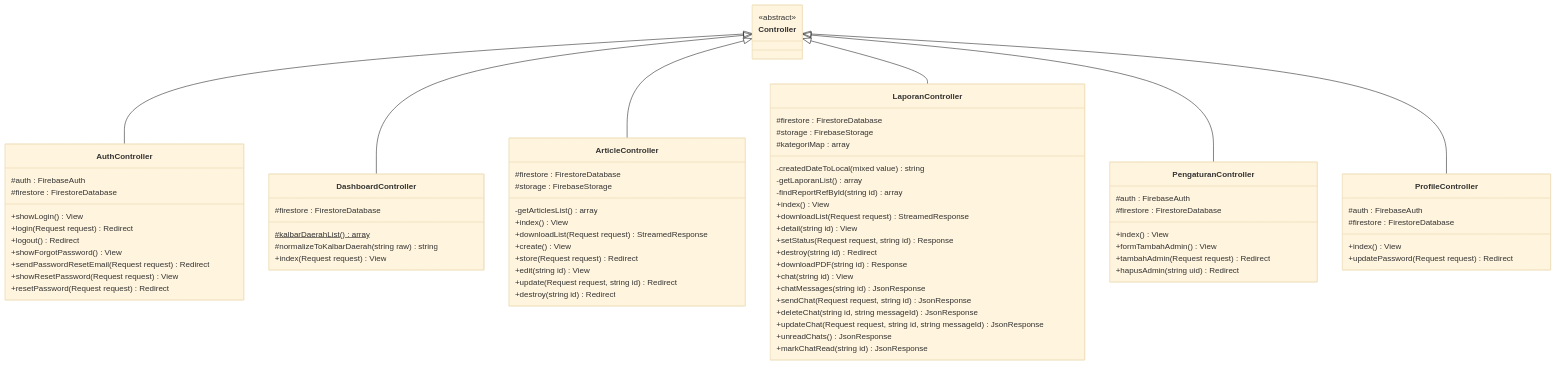
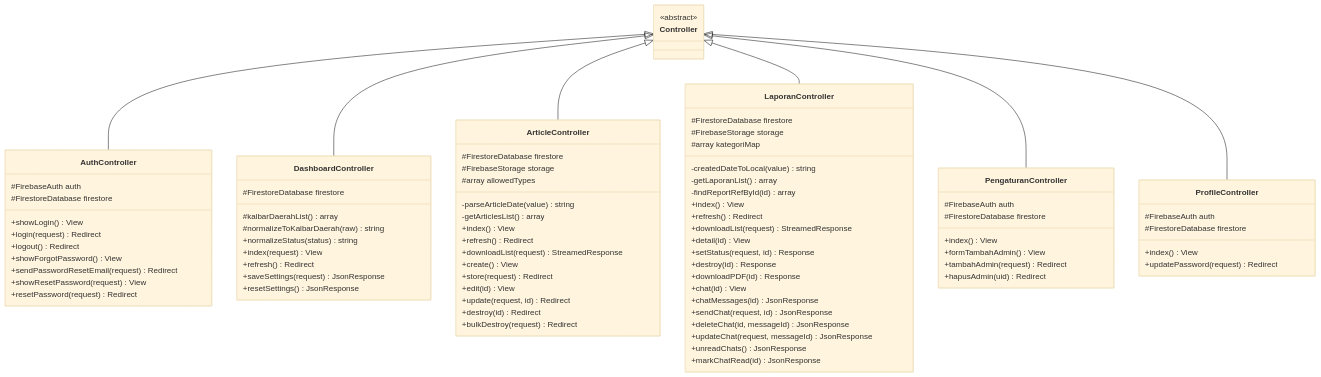
One commit to nazwan74/WebsiteAdmin changed the first of 4 diagrams in class_diagram.md. Above: the diagram before and after it, drawn with Mermaid (base theme). The commit also changed other lines of this file and 16 other files, not shown here.

```diff
--- a/class_diagram.md
+++ b/class_diagram.md
@@ -15,73 +15,82 @@
     }
 
     class AuthController {
-        #auth : FirebaseAuth
-        #firestore : FirestoreDatabase
+        #FirebaseAuth auth
+        #FirestoreDatabase firestore
         +showLogin() View
-        +login(Request request) Redirect
+        +login(request) Redirect
         +logout() Redirect
         +showForgotPassword() View
-        +sendPasswordResetEmail(Request request) Redirect
-        +showResetPassword(Request request) View
-        +resetPassword(Request request) Redirect
+        +sendPasswordResetEmail(request) Redirect
+        +showResetPassword(request) View
+        +resetPassword(request) Redirect
     }
 
     class DashboardController {
-        #firestore : FirestoreDatabase
-        #kalbarDaerahList()$ array
-        #normalizeToKalbarDaerah(string raw) string
-        +index(Request request) View
+        #FirestoreDatabase firestore
+        #kalbarDaerahList() array
+        #normalizeToKalbarDaerah(raw) string
+        +normalizeStatus(status) string
+        +index(request) View
+        +refresh() Redirect
+        +saveSettings(request) JsonResponse
+        +resetSettings() JsonResponse
     }
 
     class ArticleController {
-        #firestore : FirestoreDatabase
-        #storage : FirebaseStorage
+        #FirestoreDatabase firestore
+        #FirebaseStorage storage
+        #array allowedTypes
+        -parseArticleDate(value) string
         -getArticlesList() array
         +index() View
-        +downloadList(Request request) StreamedResponse
+        +refresh() Redirect
+        +downloadList(request) StreamedResponse
         +create() View
-        +store(Request request) Redirect
-        +edit(string id) View
-        +update(Request request, string id) Redirect
-        +destroy(string id) Redirect
+        +store(request) Redirect
+        +edit(id) View
+        +update(request, id) Redirect
+        +destroy(id) Redirect
+        +bulkDestroy(request) Redirect
     }
 
     class LaporanController {
-        #firestore : FirestoreDatabase
-        #storage : FirebaseStorage
-        #kategoriMap : array
-        -createdDateToLocal(mixed value) string
+        #FirestoreDatabase firestore
+        #FirebaseStorage storage
+        #array kategoriMap
+        -createdDateToLocal(value) string
         -getLaporanList() array
-        -findReportRefById(string id) array
+        -findReportRefById(id) array
         +index() View
-        +downloadList(Request request) StreamedResponse
-        +detail(string id) View
-        +setStatus(Request request, string id) Response
-        +destroy(string id) Redirect
-        +downloadPDF(string id) Response
-        +chat(string id) View
-        +chatMessages(string id) JsonResponse
-        +sendChat(Request request, string id) JsonResponse
-        +deleteChat(string id, string messageId) JsonResponse
-        +updateChat(Request request, string id, string messageId) JsonResponse
+        +refresh() Redirect
+        +downloadList(request) StreamedResponse
+        +detail(id) View
+        +setStatus(request, id) Response
+        +destroy(id) Response
+        +downloadPDF(id) Response
+        +chat(id) View
+        +chatMessages(id) JsonResponse
+        +sendChat(request, id) JsonResponse
+        +deleteChat(id, messageId) JsonResponse
+        +updateChat(request, messageId) JsonResponse
         +unreadChats() JsonResponse
-        +markChatRead(string id) JsonResponse
+        +markChatRead(id) JsonResponse
     }
 
     class PengaturanController {
-        #auth : FirebaseAuth
-        #firestore : FirestoreDatabase
+        #FirebaseAuth auth
+        #FirestoreDatabase firestore
         +index() View
         +formTambahAdmin() View
-        +tambahAdmin(Request request) Redirect
-        +hapusAdmin(string uid) Redirect
+        +tambahAdmin(request) Redirect
+        +hapusAdmin(uid) Redirect
     }
 
     class ProfileController {
-        #auth : FirebaseAuth
-        #firestore : FirestoreDatabase
+        #FirebaseAuth auth
+        #FirestoreDatabase firestore
         +index() View
-        +updatePassword(Request request) Redirect
+        +updatePassword(request) Redirect
     }
 
     Controller <|-- AuthController
```
